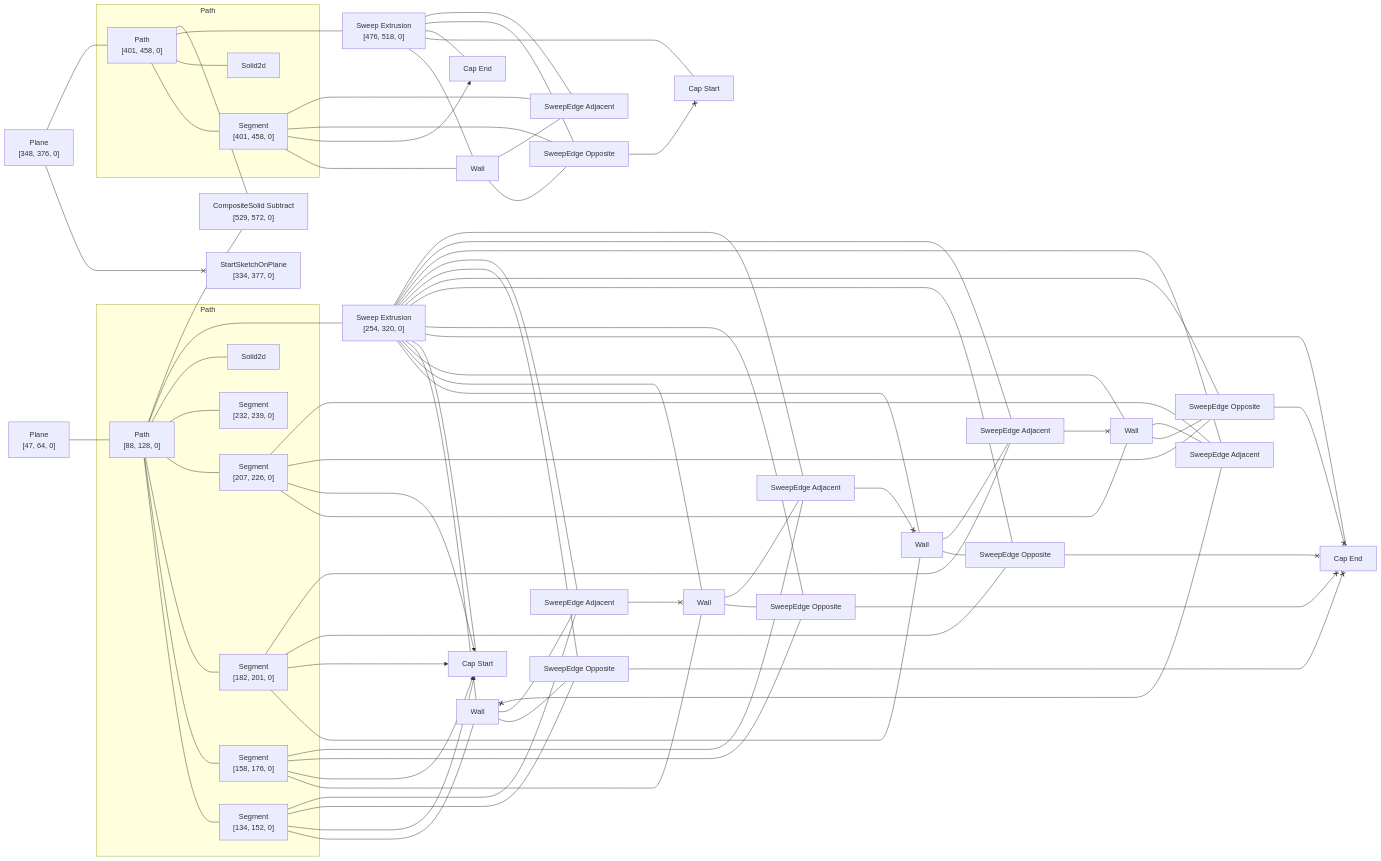
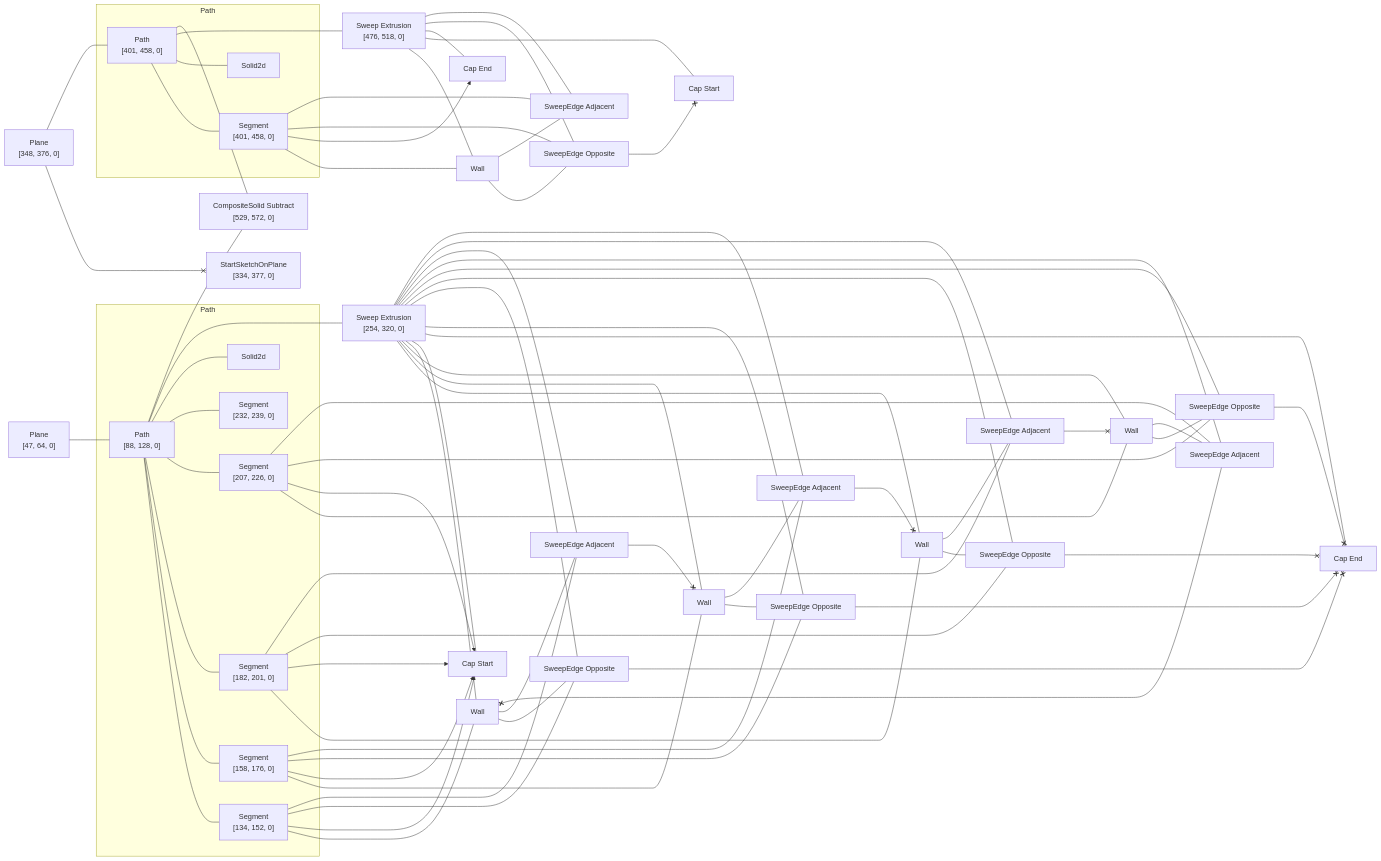
One commit to rajgandhi1/modeling-app changed the diagram in rust/kcl-lib/tests/subtract_regression00/artifact_graph_flowchart.snap.md. Above: the diagram before and after it, drawn with Mermaid. The commit also changed 110 other files, not shown here.

```diff
--- a/rust/kcl-lib/tests/subtract_regression00/artifact_graph_flowchart.snap.md
+++ b/rust/kcl-lib/tests/subtract_regression00/artifact_graph_flowchart.snap.md
@@ -56,20 +56,20 @@
   5 --- 16
   6 --- 20
   6 x--> 23
-  6 --- 29
-  6 --- 31
+  6 --- 27
+  6 --- 32
   7 --- 18
   7 x--> 23
   7 --- 26
   7 --- 34
   8 --- 17
   8 x--> 23
-  8 --- 27
+  8 --- 28
   8 --- 33
   9 --- 19
   9 x--> 23
-  9 --- 28
-  9 --- 32
+  9 --- 29
+  9 --- 31
   11 --- 21
   11 x--> 24
   11 --- 30
@@ -93,18 +93,18 @@
   15 --- 24
   15 --- 30
   15 --- 35
-  17 --- 27
+  17 --- 28
   17 --- 33
   34 <--x 17
   18 --- 26
-  31 <--x 18
+  32 <--x 18
   18 --- 34
-  19 --- 28
-  19 --- 32
+  19 --- 29
+  19 --- 31
   33 <--x 19
-  20 --- 29
-  20 --- 31
-  32 <--x 20
+  20 --- 27
+  31 <--x 20
+  20 --- 32
   21 --- 30
   21 --- 35
   30 <--x 22
```
